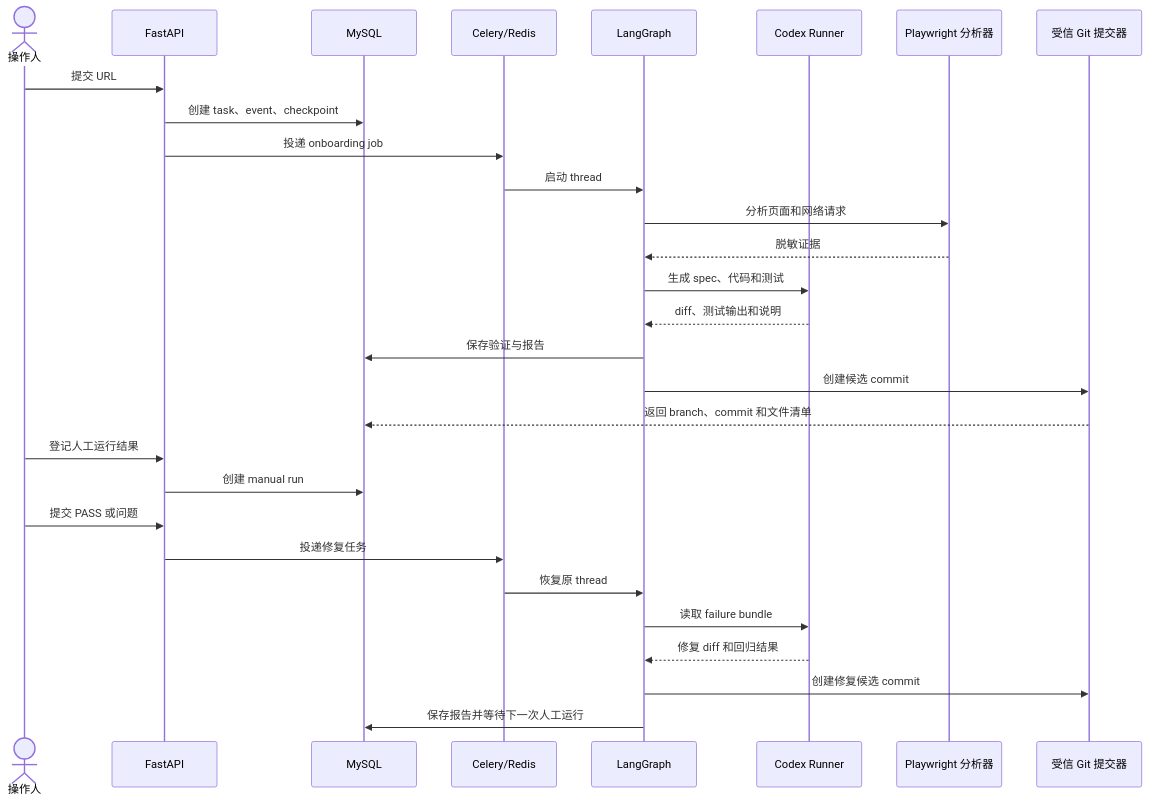
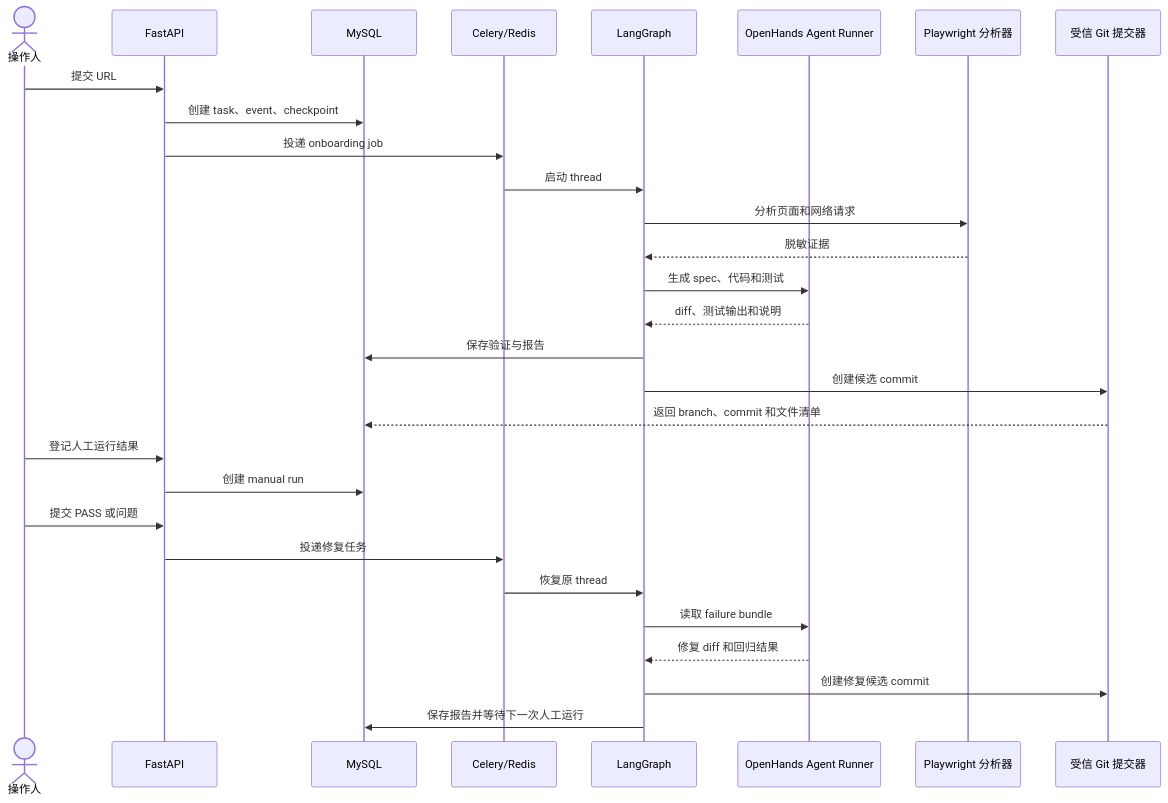
Before and after one commit to 2185359703/Spider-Agent: the first of 2 diagrams in docs/工作流与运行规范.md, drawn with Mermaid. The commit also changed other lines of this file and 14 other files, not shown here.

Commit message:
refactor(agent): 将 Codex Python SDK 替换为 OpenHands Agent Server

```diff
--- a/docs/工作流与运行规范.md
+++ b/docs/工作流与运行规范.md
@@ -7,32 +7,32 @@
 ~~~mermaid
 sequenceDiagram
     actor User as 操作人
     participant API as FastAPI
     participant DB as MySQL
     participant Queue as Celery/Redis
     participant Graph as LangGraph
-    participant Agent as Codex Runner
+    participant Agent as OpenHands Agent Runner
     participant Browser as Playwright 分析器
     participant Git as 受信 Git 提交器
 
     User->>API: 提交 URL
     API->>DB: 创建 task、event、checkpoint
     API->>Queue: 投递 onboarding job
     Queue->>Graph: 启动 thread
     Graph->>Browser: 分析页面和网络请求
     Browser-->>Graph: 脱敏证据
     Graph->>Agent: 生成 spec、代码和测试
     Agent-->>Graph: diff、测试输出和说明
     Graph->>DB: 保存验证与报告
     Graph->>Git: 创建候选 commit
     Git-->>DB: 返回 branch、commit 和文件清单
     User->>API: 登记人工运行结果
     API->>DB: 创建 manual run
     User->>API: 提交 PASS 或问题
     API->>Queue: 投递修复任务
     Queue->>Graph: 恢复原 thread
     Graph->>Agent: 读取 failure bundle
     Agent-->>Graph: 修复 diff 和回归结果
     Graph->>Git: 创建修复候选 commit
     Graph->>DB: 保存报告并等待下一次人工运行
 ~~~
```
